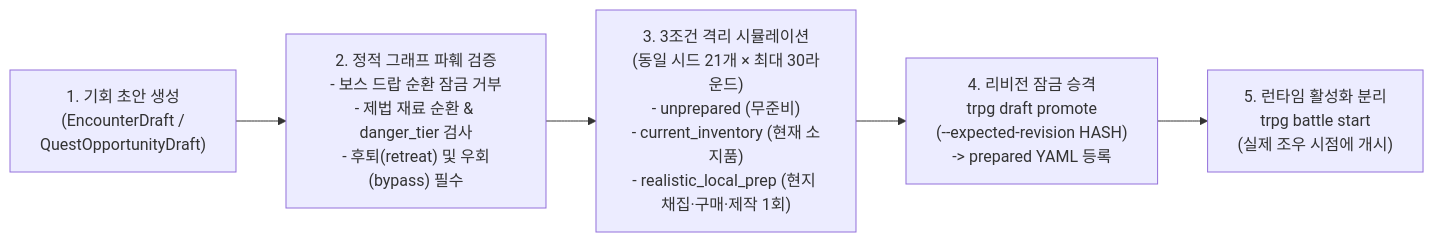
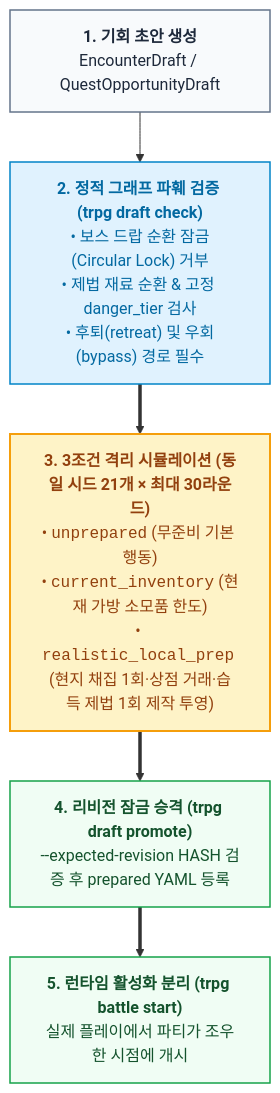
The second of 2 diagrams in _posts/tech/ontology-engineering/10 고정된 CLI를 넘어 코드를 합성하는 그래프로, Code-on-Graph와 어제의 내가 내일의 에이전트에게 남기는 약속.md (tomato-vault/tomato-vault.github.io), drawn with Mermaid before and after one commit. The commit also changed 19 other files, not shown here.

First line of the commit message:
Refactor ontology engineering documentation with enhanced diagrams and clarity

````diff
--- a/_posts/tech/ontology-engineering/10 고정된 CLI를 넘어 코드를 합성하는 그래프로, Code-on-Graph와 어제의 내가 내일의 에이전트에게 남기는 약속.md
+++ b/_posts/tech/ontology-engineering/10 고정된 CLI를 넘어 코드를 합성하는 그래프로, Code-on-Graph와 어제의 내가 내일의 에이전트에게 남기는 약속.md
@@ -80,7 +80,12 @@
 ```mermaid
-flowchart LR
-    Draft["1. 기회 초안 생성\n(EncounterDraft /\nQuestOpportunityDraft)"] --> Static["2. 정적 그래프 파훼 검증\n- 보스 드랍 순환 잠금 거부\n- 제법 재료 순환 & danger_tier 검사\n- 후퇴(retreat) 및 우회(bypass) 필수"]
-    Static --> Sim["3. 3조건 격리 시뮬레이션\n(동일 시드 21개 × 최대 30라운드)\n- unprepared (무준비)\n- current_inventory (현재 소지품)\n- realistic_local_prep (현지 채집·구매·제작 1회)"]
-    Sim --> Promote["4. 리비전 잠금 승격\ntrpg draft promote\n(--expected-revision HASH)\n-> prepared YAML 등록"]
-    Promote --> Start["5. 런타임 활성화 분리\ntrpg battle start\n(실제 조우 시점에 개시)"]
+flowchart TB
+    classDef draftStyle fill:#f8fafc,stroke:#64748b,stroke-width:1.5px,color:#1e293b
+    classDef checkStyle fill:#e0f2fe,stroke:#0284c7,stroke-width:1.5px,color:#0369a1
+    classDef simStyle fill:#fef3c7,stroke:#f59e0b,stroke-width:2px,color:#92400e
+    classDef promStyle fill:#f0fdf4,stroke:#16a34a,stroke-width:1.5px,color:#14532d
+
+    Draft["<b>1. 기회 초안 생성</b><br/>EncounterDraft / QuestOpportunityDraft"]:::draftStyle --> Static["<b>2. 정적 그래프 파훼 검증 (trpg draft check)</b><br/>• 보스 드랍 순환 잠금(Circular Lock) 거부<br/>• 제법 재료 순환 & 고정 danger_tier 검사<br/>• 후퇴(retreat) 및 우회(bypass) 경로 필수"]:::checkStyle
+    Static ==> Sim["<b>3. 3조건 격리 시뮬레이션 (동일 시드 21개 × 최대 30라운드)</b><br/>• <code>unprepared</code> (무준비 기본 행동)<br/>• <code>current_inventory</code> (현재 가방 소모품 한도)<br/>• <code>realistic_local_prep</code> (현지 채집 1회·상점 거래·습득 제법 1회 제작 투영)"]:::simStyle
+    Sim ==> Promote["<b>4. 리비전 잠금 승격 (trpg draft promote)</b><br/>--expected-revision HASH 검증 후 prepared YAML 등록"]:::promStyle
+    Promote ==> Start["<b>5. 런타임 활성화 분리 (trpg battle start)</b><br/>실제 플레이에서 파티가 조우한 시점에 개시"]:::promStyle
 ```
````
